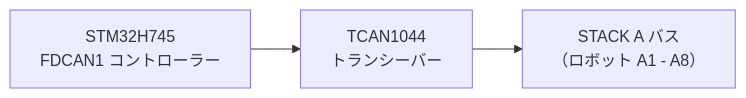
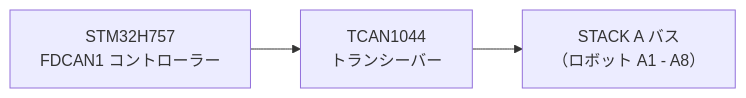
One commit to JuanenRac/HYDRA-UMC changed the first of 2 diagrams in docs/HARDWARE_SPECIFICATION_jpn.md. Above: the diagram before and after it, drawn with Mermaid. The commit also changed other lines of this file and 41 other files, not shown here.

````diff
--- a/docs/HARDWARE_SPECIFICATION_jpn.md
+++ b/docs/HARDWARE_SPECIFICATION_jpn.md
@@ -72,4 +72,4 @@
 ```mermaid
 flowchart LR
-    FDCAN1["STM32H745<br/>FDCAN1 コントローラー"] --> XCVR["TCAN1044<br/>トランシーバー"] --> BUS["STACK A バス<br/>（ロボット A1 - A8）"]
+    FDCAN1["STM32H757<br/>FDCAN1 コントローラー"] --> XCVR["TCAN1044<br/>トランシーバー"] --> BUS["STACK A バス<br/>（ロボット A1 - A8）"]
 ```
````
